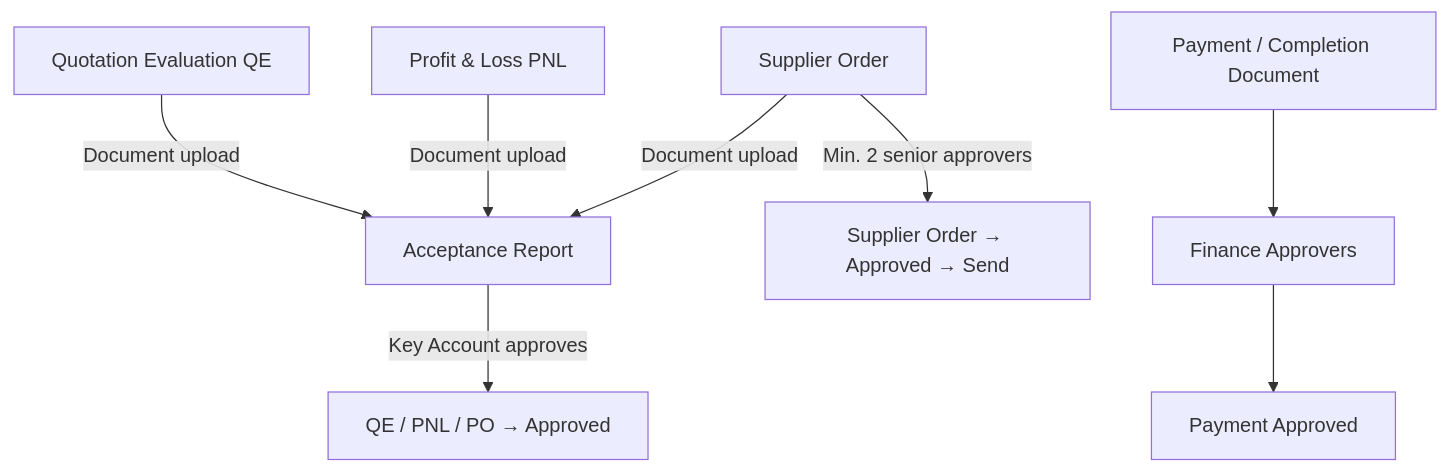
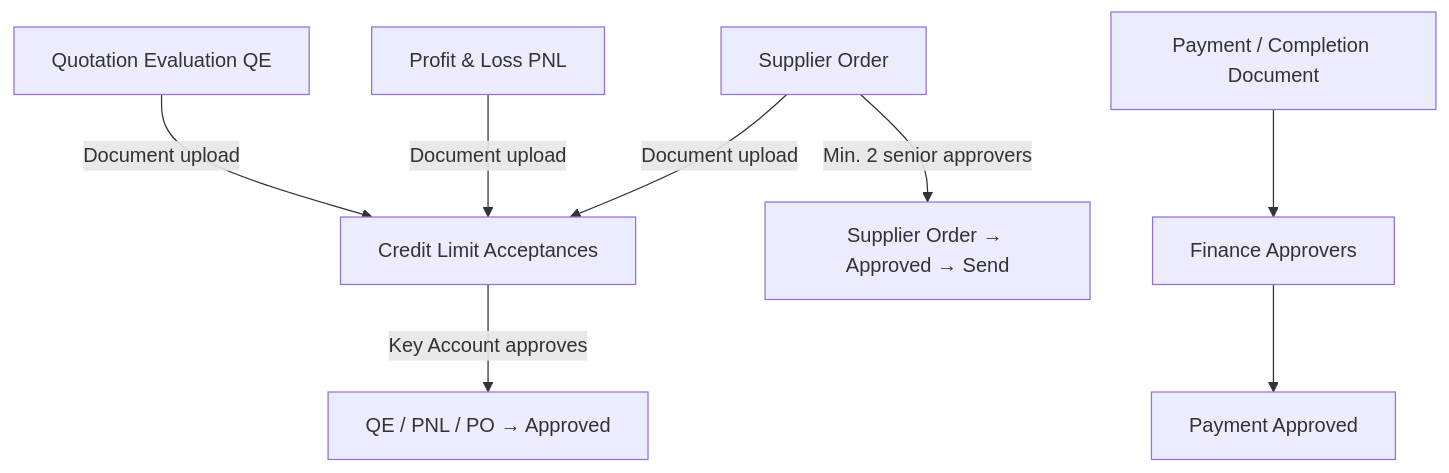
Before and after one commit to laurnts/erpc: the second of 5 diagrams in FEATURES.md, drawn with Mermaid. The commit also changed other lines of this file and 20 other files, not shown here.

First line of the commit message:
Align navigation labels to plural convention; rename credit-limit acceptance classes

````diff
--- a/FEATURES.md
+++ b/FEATURES.md
@@ -142,16 +142,16 @@
 ```mermaid
 flowchart TB
     QE[Quotation Evaluation QE]
     PNL[Profit & Loss PNL]
     SO[Supplier Order]
-    AR[Acceptance Report]
+    AR[Credit Limit Acceptances]
     FIN[Finance Approvers]
 
     QE -->|Document upload| AR
     PNL -->|Document upload| AR
     SO -->|Document upload| AR
     AR -->|Key Account approves| QE_OK[QE / PNL / PO → Approved]
     SO -->|Min. 2 senior approvers| SO_OK[Supplier Order → Approved → Send]
     PAY[Payment / Completion Document] --> FIN
     FIN --> PAY_OK[Payment Approved]
 ```
````
